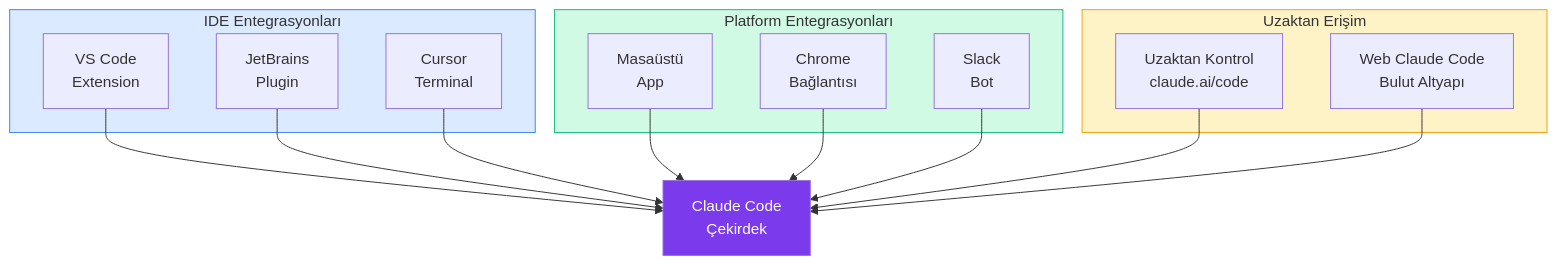
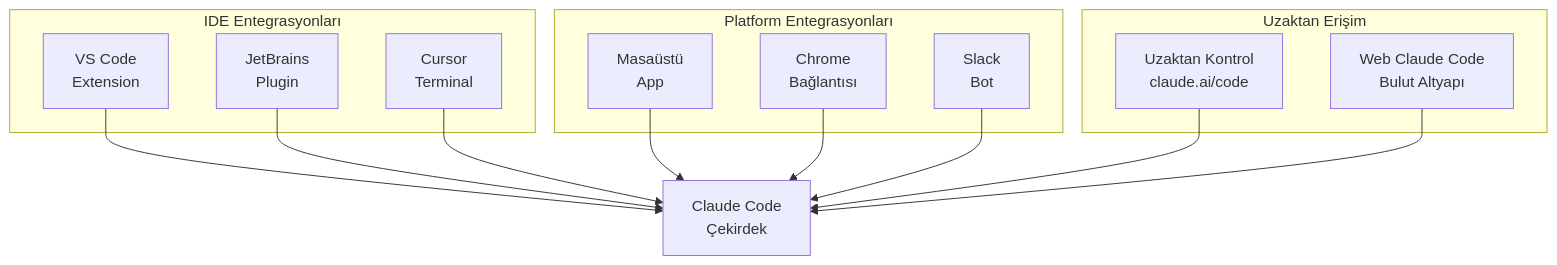
One commit to IzzetYasinAtes/ClaudeCodeHandbook changed the second of 2 diagrams in 15-entegrasyonlar/README.md. Above: the diagram before and after it, drawn with Mermaid. The commit also changed 97 other files, not shown here.

Commit message:
Remove all custom Mermaid style/fill colors from 98 markdown files for consistent dark theme rendering

````diff
--- a/15-entegrasyonlar/README.md
+++ b/15-entegrasyonlar/README.md
@@ -33,35 +33,30 @@
 ```mermaid
 flowchart TB
     subgraph ide ["IDE Entegrasyonları"]
         VS["VS Code<br/>Extension"]
         JB["JetBrains<br/>Plugin"]
         CR["Cursor<br/>Terminal"]
     end
 
     subgraph platform ["Platform Entegrasyonları"]
         DT["Masaüstü<br/>App"]
         CH["Chrome<br/>Bağlantısı"]
         SL["Slack<br/>Bot"]
     end
 
     subgraph remote ["Uzaktan Erişim"]
         RC["Uzaktan Kontrol<br/>claude.ai/code"]
         WB["Web Claude Code<br/>Bulut Altyapı"]
     end
 
     CC["Claude Code<br/>Çekirdek"]
 
     VS --> CC
     JB --> CC
     CR --> CC
     DT --> CC
     CH --> CC
     SL --> CC
     RC --> CC
     WB --> CC
-
-    style CC fill:#7C3AED,color:#fff
-    style ide fill:#DBEAFE,stroke:#3B82F6
-    style platform fill:#D1FAE5,stroke:#10B981
-    style remote fill:#FEF3C7,stroke:#F59E0B
 ```
````
